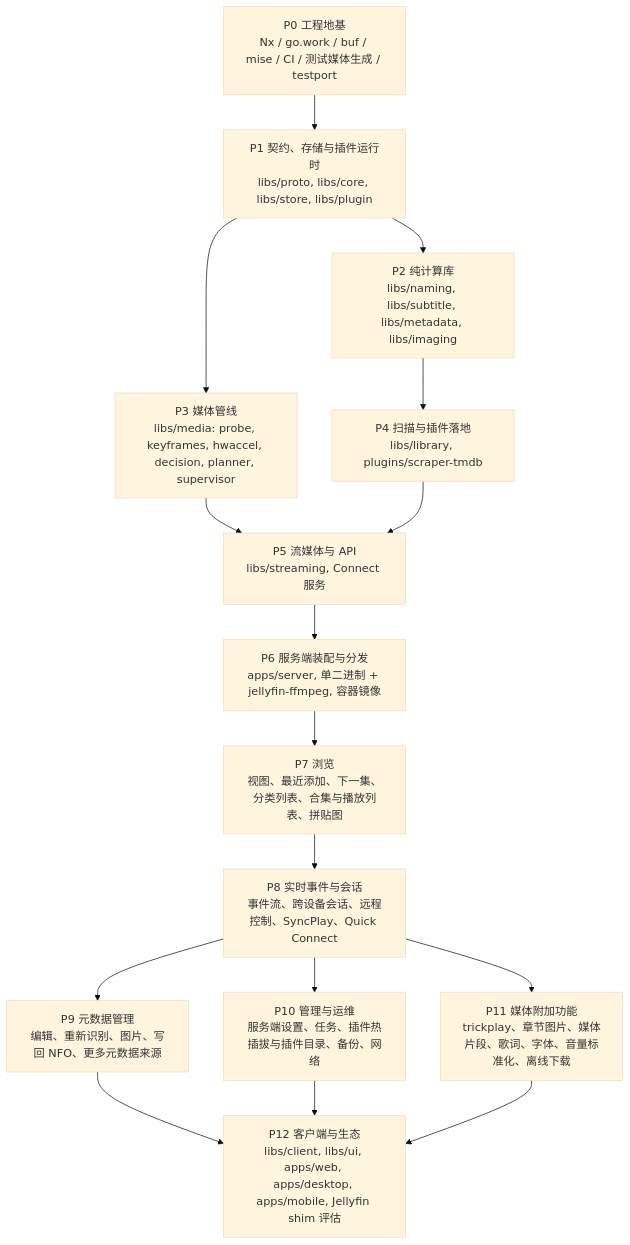
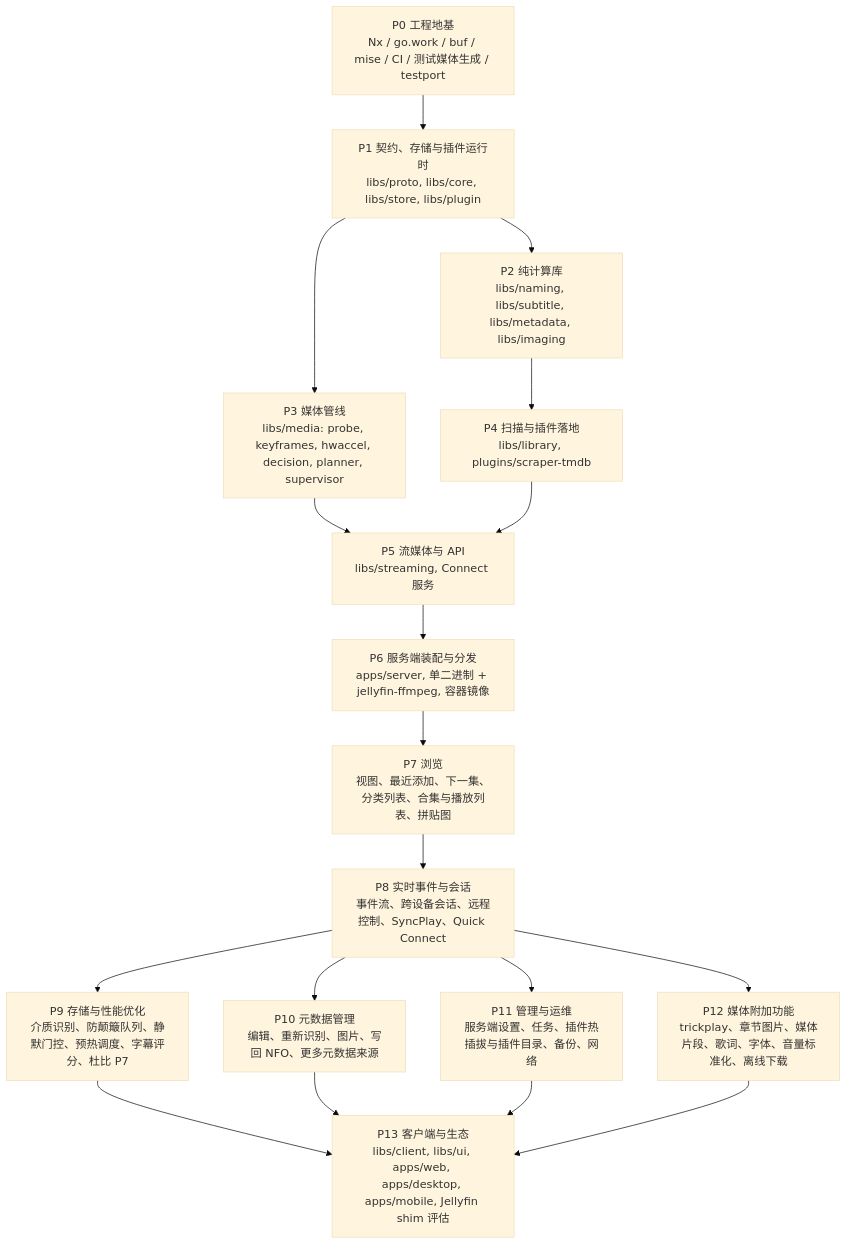
The diagram in docs/roadmap.zh-CN.md (mavioai/mavio), drawn with Mermaid (base theme) before and after one commit. The commit also changed other lines of this file and 7 other files, not shown here.

Commit message:
docs: add optimization design and roadmap phase P9

````diff
--- a/docs/roadmap.zh-CN.md
+++ b/docs/roadmap.zh-CN.md
@@ -20,32 +20,35 @@
 ```mermaid
 flowchart TD
     P0["P0 工程地基<br/>Nx / go.work / buf / mise / CI / 测试媒体生成 / testport"]
     P1["P1 契约、存储与插件运行时<br/>libs/proto, libs/core, libs/store, libs/plugin"]
     P2["P2 纯计算库<br/>libs/naming, libs/subtitle, libs/metadata, libs/imaging"]
     P3["P3 媒体管线<br/>libs/media: probe, keyframes, hwaccel, decision, planner, supervisor"]
     P4["P4 扫描与插件落地<br/>libs/library, plugins/scraper-tmdb"]
     P5["P5 流媒体与 API<br/>libs/streaming, Connect 服务"]
     P6["P6 服务端装配与分发<br/>apps/server, 单二进制 + jellyfin-ffmpeg, 容器镜像"]
     P7["P7 浏览<br/>视图、最近添加、下一集、分类列表、合集与播放列表、拼贴图"]
     P8["P8 实时事件与会话<br/>事件流、跨设备会话、远程控制、SyncPlay、Quick Connect"]
-    P9["P9 元数据管理<br/>编辑、重新识别、图片、写回 NFO、更多元数据来源"]
-    P10["P10 管理与运维<br/>服务端设置、任务、插件热插拔与插件目录、备份、网络"]
-    P11["P11 媒体附加功能<br/>trickplay、章节图片、媒体片段、歌词、字体、音量标准化、离线下载"]
-    P12["P12 客户端与生态<br/>libs/client, libs/ui, apps/web, apps/desktop, apps/mobile, Jellyfin shim 评估"]
+    P9["P9 存储与性能优化<br/>介质识别、防颠簸队列、静默门控、预热调度、字幕评分、杜比 P7"]
+    P10["P10 元数据管理<br/>编辑、重新识别、图片、写回 NFO、更多元数据来源"]
+    P11["P11 管理与运维<br/>服务端设置、任务、插件热插拔与插件目录、备份、网络"]
+    P12["P12 媒体附加功能<br/>trickplay、章节图片、媒体片段、歌词、字体、音量标准化、离线下载"]
+    P13["P13 客户端与生态<br/>libs/client, libs/ui, apps/web, apps/desktop, apps/mobile, Jellyfin shim 评估"]
 
     P0 --> P1
     P1 --> P2
     P1 --> P3
     P2 --> P4
     P3 --> P5
     P4 --> P5
     P5 --> P6
     P6 --> P7
     P7 --> P8
     P8 --> P9
     P8 --> P10
     P8 --> P11
-    P9 --> P12
-    P10 --> P12
-    P11 --> P12
+    P8 --> P12
+    P9 --> P13
+    P10 --> P13
+    P11 --> P13
+    P12 --> P13
 ```
````
